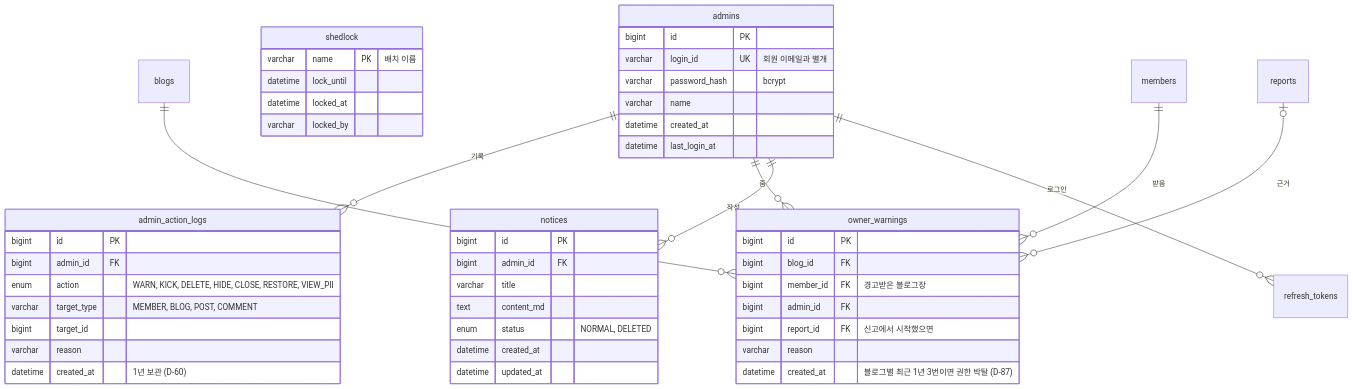
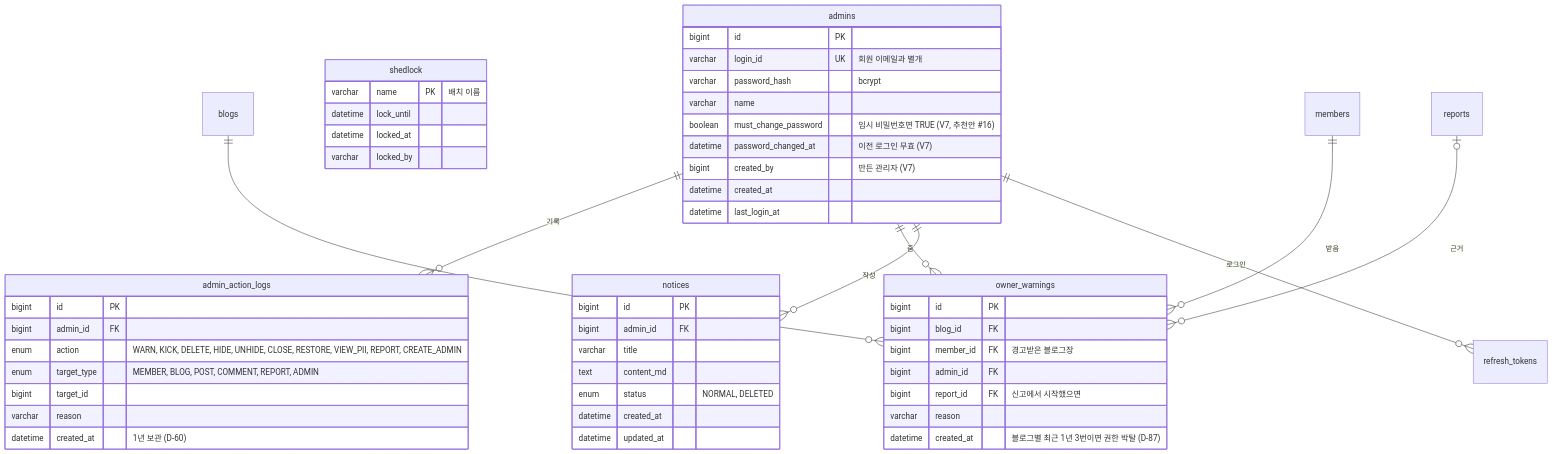
One commit to blogNM/blogproject changed the sixth of 6 diagrams in docs/04-design/ERD.md. Above: the diagram before and after it, drawn with Mermaid. The commit also changed other lines of this file and 30 other files, not shown here.

````diff
--- a/docs/04-design/ERD.md
+++ b/docs/04-design/ERD.md
@@ -446,52 +450,55 @@
 ```mermaid
 erDiagram
     admins {
         bigint id PK
         varchar login_id UK "회원 이메일과 별개"
         varchar password_hash "bcrypt"
         varchar name
+        boolean must_change_password "임시 비밀번호면 TRUE (V7, 추천안 #16)"
+        datetime password_changed_at "이전 로그인 무효 (V7)"
+        bigint created_by "만든 관리자 (V7)"
         datetime created_at
         datetime last_login_at
     }
     admin_action_logs {
         bigint id PK
         bigint admin_id FK
-        enum action "WARN, KICK, DELETE, HIDE, CLOSE, RESTORE, VIEW_PII"
-        varchar target_type "MEMBER, BLOG, POST, COMMENT"
+        enum action "WARN, KICK, DELETE, HIDE, UNHIDE, CLOSE, RESTORE, VIEW_PII, REPORT, CREATE_ADMIN"
+        enum target_type "MEMBER, BLOG, POST, COMMENT, REPORT, ADMIN"
         bigint target_id
         varchar reason
         datetime created_at "1년 보관 (D-60)"
     }
     owner_warnings {
         bigint id PK
         bigint blog_id FK
         bigint member_id FK "경고받은 블로그장"
         bigint admin_id FK
         bigint report_id FK "신고에서 시작했으면"
         varchar reason
         datetime created_at "블로그별 최근 1년 3번이면 권한 박탈 (D-87)"
     }
     notices {
         bigint id PK
         bigint admin_id FK
         varchar title
         text content_md
         enum status "NORMAL, DELETED"
         datetime created_at
         datetime updated_at
     }
     shedlock {
         varchar name PK "배치 이름"
         datetime lock_until
         datetime locked_at
         varchar locked_by
     }
 
     admins ||--o{ admin_action_logs : "기록"
     admins ||--o{ owner_warnings : "줌"
     blogs ||--o{ owner_warnings : ""
     members ||--o{ owner_warnings : "받음"
     reports |o--o{ owner_warnings : "근거"
     admins ||--o{ notices : "작성"
     admins ||--o{ refresh_tokens : "로그인"
 ```
````
